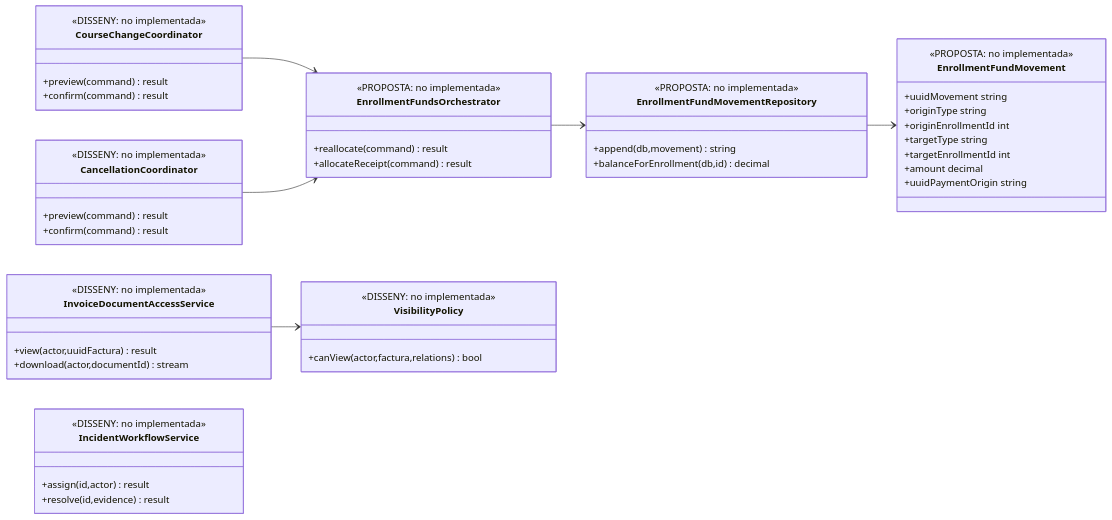
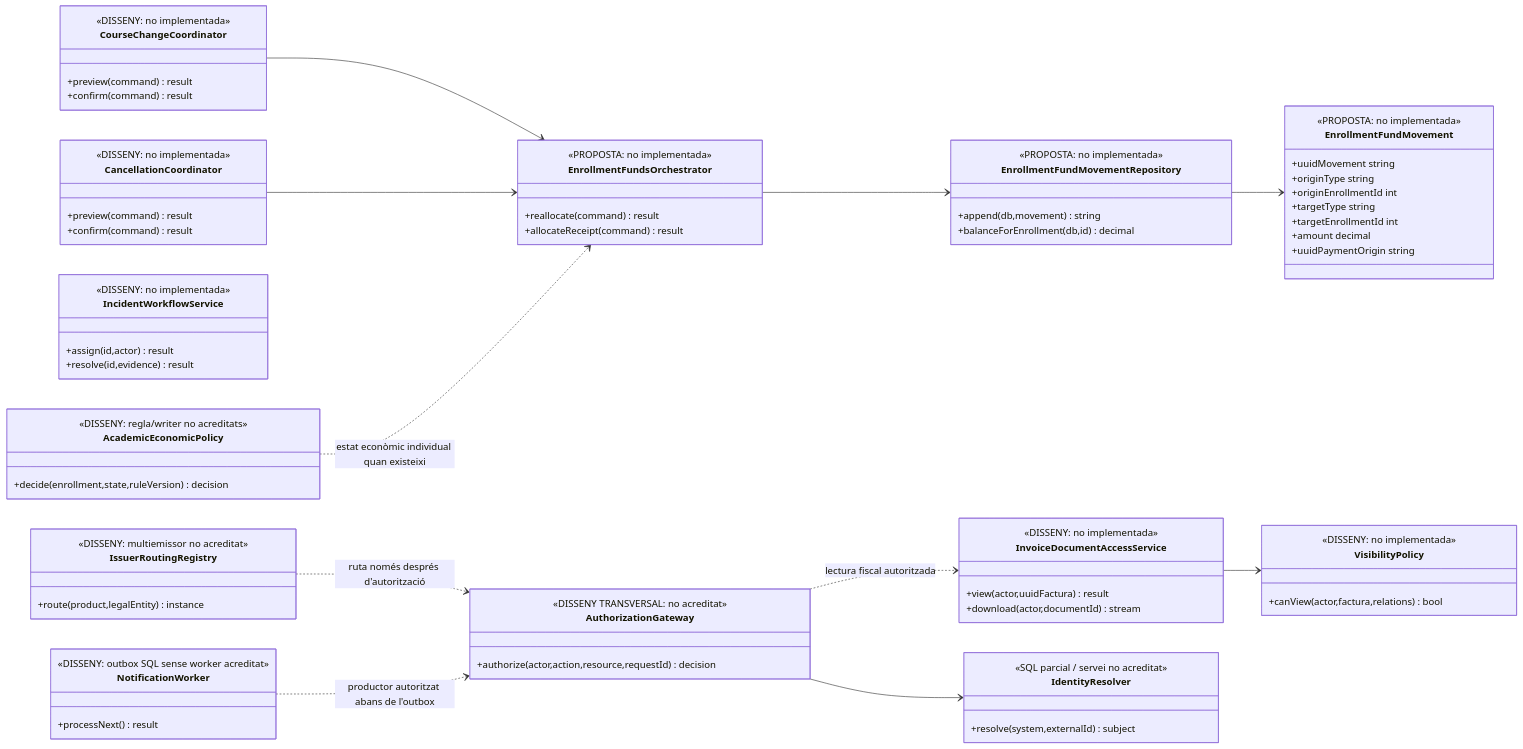
The sixth of 6 diagrams in documentacio/07-uml-integrat/00-model-classes-general.md (orgmeriemprismacat-del/verifactu), drawn with Mermaid before and after one commit. The commit also changed other lines of this file, not shown here.

Commit message:
docs: ampliar model general amb bloquejos transversals 142/142

````diff
--- a/documentacio/07-uml-integrat/00-model-classes-general.md
+++ b/documentacio/07-uml-integrat/00-model-classes-general.md
@@ -328,53 +328,78 @@
 ```mermaid
 classDiagram
 direction LR
 class EnrollmentFundMovement {
  <<PROPOSTA: no implementada>>
  +uuidMovement string
  +originType string
  +originEnrollmentId int
  +targetType string
  +targetEnrollmentId int
  +amount decimal
  +uuidPaymentOrigin string
 }
 class EnrollmentFundMovementRepository {
  <<PROPOSTA: no implementada>>
  +append(db,movement) string
  +balanceForEnrollment(db,id) decimal
 }
 class EnrollmentFundsOrchestrator {
  <<PROPOSTA: no implementada>>
  +reallocate(command) result
  +allocateReceipt(command) result
 }
 class CourseChangeCoordinator {
  <<DISSENY: no implementada>>
  +preview(command) result
  +confirm(command) result
 }
 class CancellationCoordinator {
  <<DISSENY: no implementada>>
  +preview(command) result
  +confirm(command) result
 }
 class VisibilityPolicy {
  <<DISSENY: no implementada>>
  +canView(actor,factura,relations) bool
 }
 class InvoiceDocumentAccessService {
  <<DISSENY: no implementada>>
  +view(actor,uuidFactura) result
  +download(actor,documentId) stream
 }
 class IncidentWorkflowService {
  <<DISSENY: no implementada>>
  +assign(id,actor) result
  +resolve(id,evidence) result
 }
+class AuthorizationGateway {
+ <<DISSENY TRANSVERSAL: no acreditat>>
+ +authorize(actor,action,resource,requestId) decision
+}
+class IdentityResolver {
+ <<SQL parcial / servei no acreditat>>
+ +resolve(system,externalId) subject
+}
+class IssuerRoutingRegistry {
+ <<DISSENY: multiemissor no acreditat>>
+ +route(product,legalEntity) instance
+}
+class NotificationWorker {
+ <<DISSENY: outbox SQL sense worker acreditat>>
+ +processNext() result
+}
+class AcademicEconomicPolicy {
+ <<DISSENY: regla/writer no acreditats>>
+ +decide(enrollment,state,ruleVersion) decision
+}
 CourseChangeCoordinator --> EnrollmentFundsOrchestrator
 CancellationCoordinator --> EnrollmentFundsOrchestrator
 EnrollmentFundsOrchestrator --> EnrollmentFundMovementRepository
 EnrollmentFundMovementRepository --> EnrollmentFundMovement
 InvoiceDocumentAccessService --> VisibilityPolicy
+AuthorizationGateway --> IdentityResolver
+AuthorizationGateway ..> InvoiceDocumentAccessService : lectura fiscal autoritzada
+IssuerRoutingRegistry ..> AuthorizationGateway : ruta només després d'autorització
+NotificationWorker ..> AuthorizationGateway : productor autoritzat abans de l'outbox
+AcademicEconomicPolicy ..> EnrollmentFundsOrchestrator : estat econòmic individual quan existeixi
 ```
````
